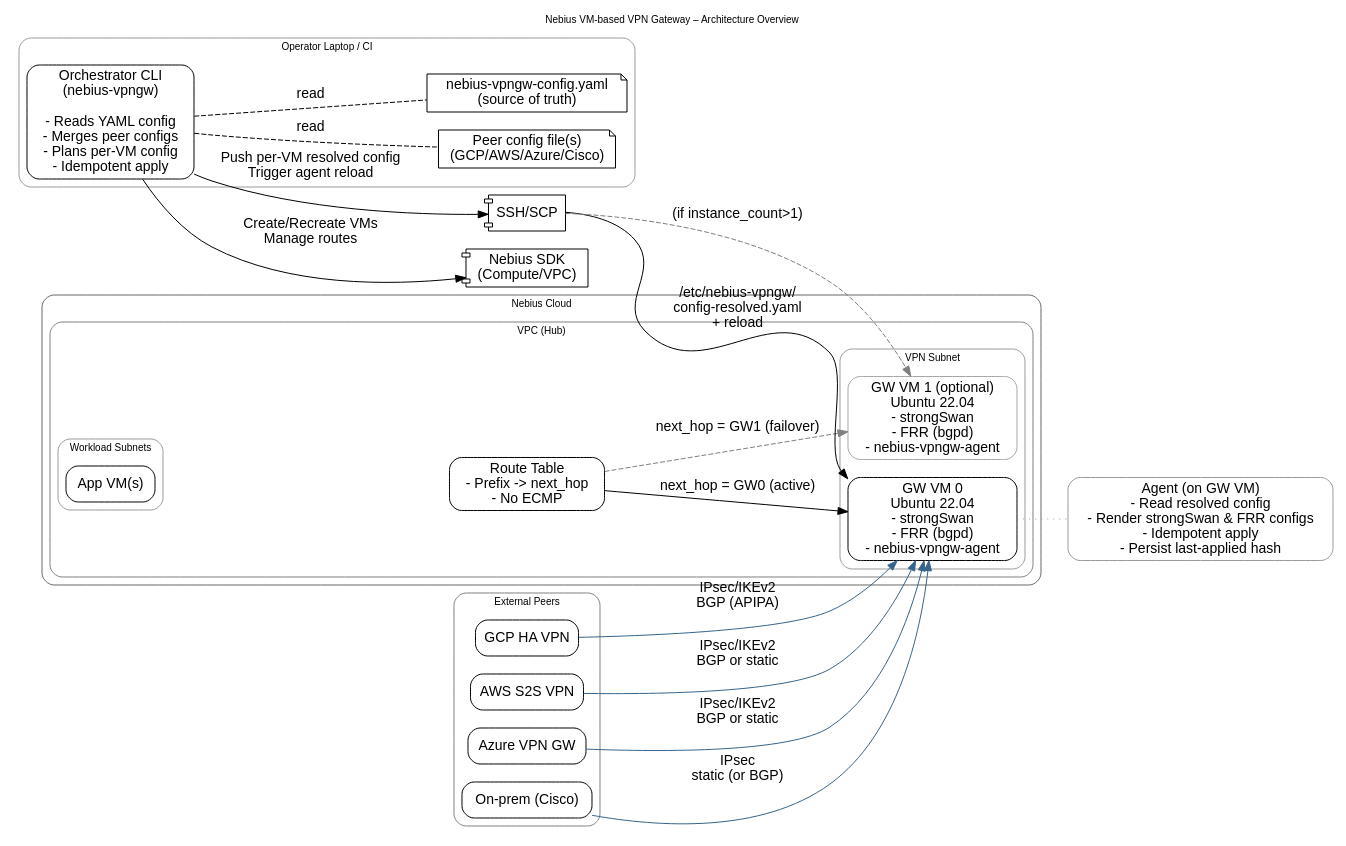
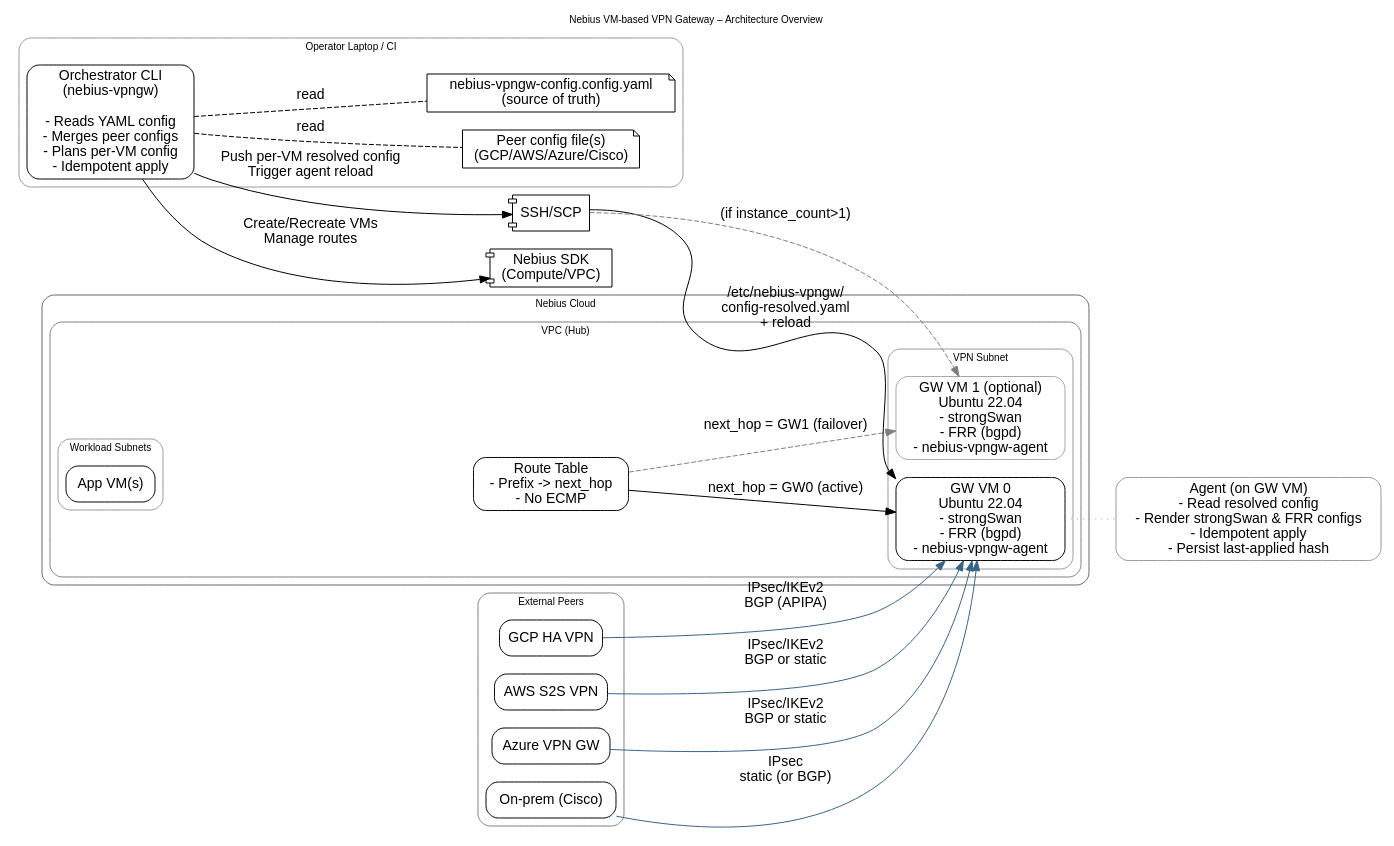
One commit to nebius/nebius-ps-services changed the diagram in services/vpngw/image/vpngw-architecture.dot. Above: the diagram before and after it, drawn with Graphviz. The commit also changed 14 other files, not shown here.

```diff
--- a/services/vpngw/image/vpngw-architecture.dot
+++ b/services/vpngw/image/vpngw-architecture.dot
@@ -1,83 +1,83 @@
 digraph NebiusVPNGW {
   rankdir=LR;
   graph [fontsize=10, labelloc=t, label="Nebius VM-based VPN Gateway – Architecture Overview", fontname="Helvetica"];
   node  [shape=box, style=rounded, fontname="Helvetica"];
   edge  [fontname="Helvetica"];
 
   // Operator / Orchestrator
   subgraph cluster_operator {
     label = "Operator Laptop / CI";
     style=rounded;
     color=gray60;
 
     orchestrator [label="Orchestrator CLI\n(nebius-vpngw)\n\n- Reads YAML config\n- Merges peer configs\n- Plans per-VM config\n- Idempotent apply", shape=box];
 
-    cfg_yaml [label="nebius-vpngw-config.yaml\n(source of truth)", shape=note];
+    cfg_yaml [label="nebius-vpngw-config.config.yaml\n(source of truth)", shape=note];
     peer_files [label="Peer config file(s)\n(GCP/AWS/Azure/Cisco)", shape=note];
 
     orchestrator -> cfg_yaml [dir=back, arrowtail=none, style=dashed, label="read"];
     orchestrator -> peer_files [dir=back, arrowtail=none, style=dashed, label="read"];
   }
 
   // Nebius Cloud environment
   subgraph cluster_nebius {
     label = "Nebius Cloud";
     style=rounded; color=gray40;
 
     subgraph cluster_vpc {
       label = "VPC (Hub)"; style=rounded; color=gray50;
 
       subgraph cluster_vpn_subnet {
         label = "VPN Subnet"; style=rounded; color=gray60;
 
         gw0 [label="GW VM 0\nUbuntu 22.04\n- strongSwan\n- FRR (bgpd)\n- nebius-vpngw-agent", shape=box];
         gw1 [label="GW VM 1 (optional)\nUbuntu 22.04\n- strongSwan\n- FRR (bgpd)\n- nebius-vpngw-agent", shape=box, color=gray65];
 
         { rank=same; gw0; gw1 }
       }
 
       subgraph cluster_workloads {
         label = "Workload Subnets"; style=rounded; color=gray60;
         app1 [label="App VM(s)", shape=box];
       }
 
       rt [label="Route Table\n- Prefix -> next_hop\n- No ECMP", shape=box];
 
       app1 -> rt [dir=none, style=invis];
     }
   }
 
   // External peers
   subgraph cluster_peers {
     label = "External Peers"; style=rounded; color=gray50;
     gcp   [label="GCP HA VPN", shape=box];
     aws   [label="AWS S2S VPN", shape=box];
     azure [label="Azure VPN GW", shape=box];
     onprem[label="On‑prem (Cisco)", shape=box];
   }
 
   // SDK & SSH flows
   sdk [label="Nebius SDK\n(Compute/VPC)", shape=component];
   ssh [label="SSH/SCP", shape=component];
 
   orchestrator -> sdk [label="Create/Recreate VMs\nManage routes", color=black];
   orchestrator -> ssh [label="Push per-VM resolved config\nTrigger agent reload", color=black];
   ssh -> gw0 [label="/etc/nebius-vpngw/\nconfig-resolved.yaml\n+ reload", color=black];
   ssh -> gw1 [label="(if instance_count>1)", style=dashed, color=gray50];
 
   // Routing table next-hop to active gateway
   rt -> gw0 [label="next_hop = GW0 (active)", color=black];
   rt -> gw1 [label="next_hop = GW1 (failover)", style=dashed, color=gray50];
 
   // IPsec/BGP tunnels
   gcp   -> gw0 [label="IPsec/IKEv2\nBGP (APIPA)", color=steelblue4];
   aws   -> gw0 [label="IPsec/IKEv2\nBGP or static", color=steelblue4];
   azure -> gw0 [label="IPsec/IKEv2\nBGP or static", color=steelblue4];
   onprem-> gw0 [label="IPsec\nstatic (or BGP)", color=steelblue4];
 
   // Agent responsibilities
   agent_legend [label="Agent (on GW VM)\n- Read resolved config\n- Render strongSwan & FRR configs\n- Idempotent apply\n- Persist last-applied hash", shape=box, color=gray60];
   gw0 -> agent_legend [style=dotted, arrowhead=none, color=gray60];
 
   // Rank constraint moved inside cluster_vpn_subnet
 }
```
